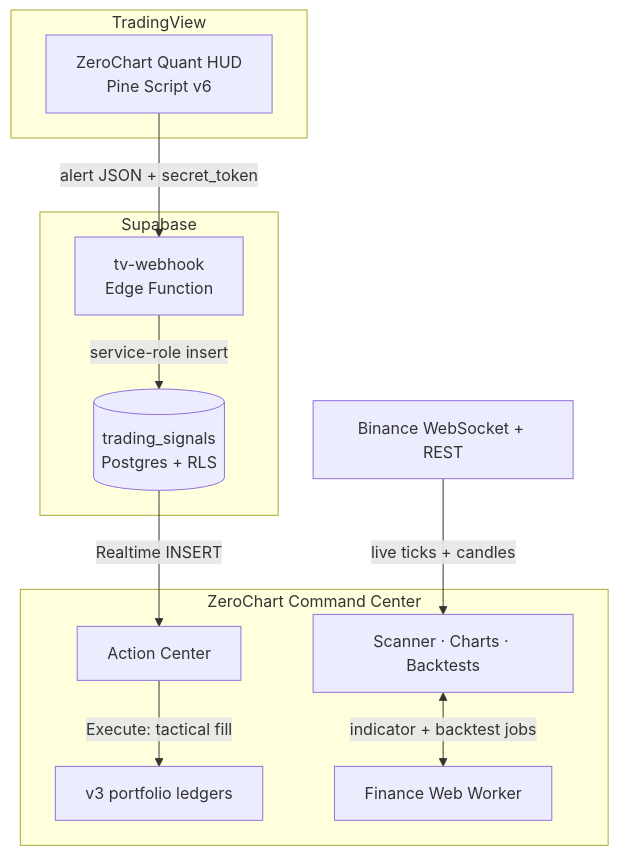
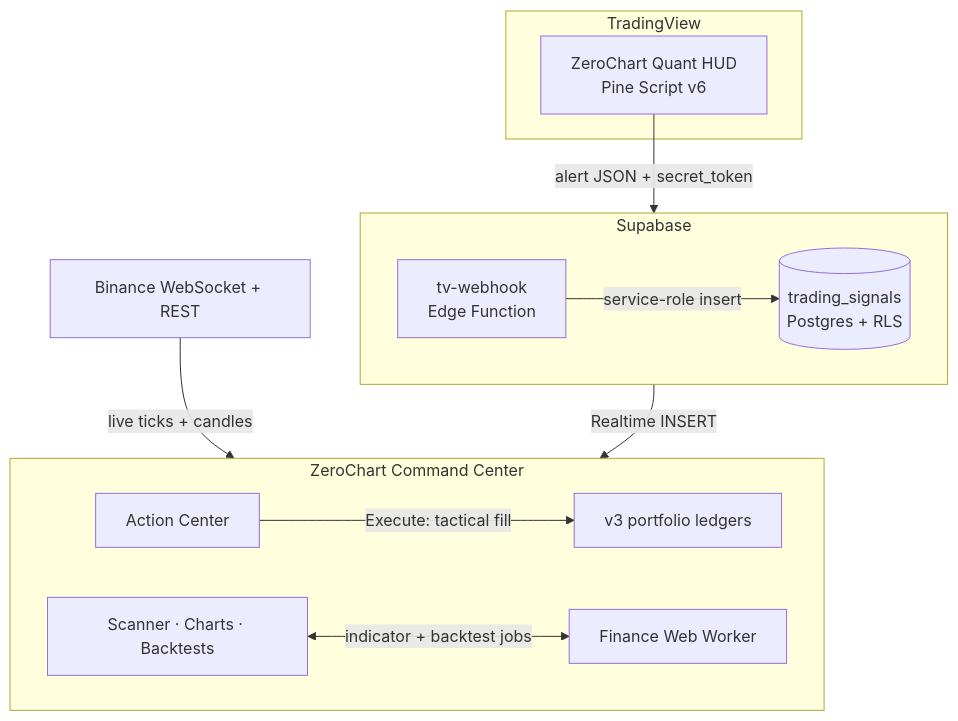
One commit to blackhebrewisraeli/ZeroChart changed the diagram in README.md. Above: the diagram before and after it, drawn with Mermaid.

Commit message:
Docs: tighten the architecture diagram layout

````diff
--- a/README.md
+++ b/README.md
@@ -35,27 +35,29 @@
 ```mermaid
 flowchart TB
     subgraph TV["TradingView"]
         HUD["ZeroChart Quant HUD<br/>Pine Script v6"]
     end
 
     subgraph SB["Supabase"]
+        direction LR
         FN["tv-webhook<br/>Edge Function"]
         DB[("trading_signals<br/>Postgres + RLS")]
     end
 
     subgraph APP["ZeroChart Command Center"]
+        direction LR
         AC["Action Center"]
         LEDGER["v3 portfolio ledgers"]
         WORKER["Finance Web Worker"]
         UI["Scanner · Charts · Backtests"]
     end
 
     BIN["Binance WebSocket + REST"]
 
     HUD -- "alert JSON + secret_token" --> FN
     FN -- "service-role insert" --> DB
     DB -- "Realtime INSERT" --> AC
     AC -- "Execute: tactical fill" --> LEDGER
     BIN -- "live ticks + candles" --> UI
     UI <-- "indicator + backtest jobs" --> WORKER
 ```
````
